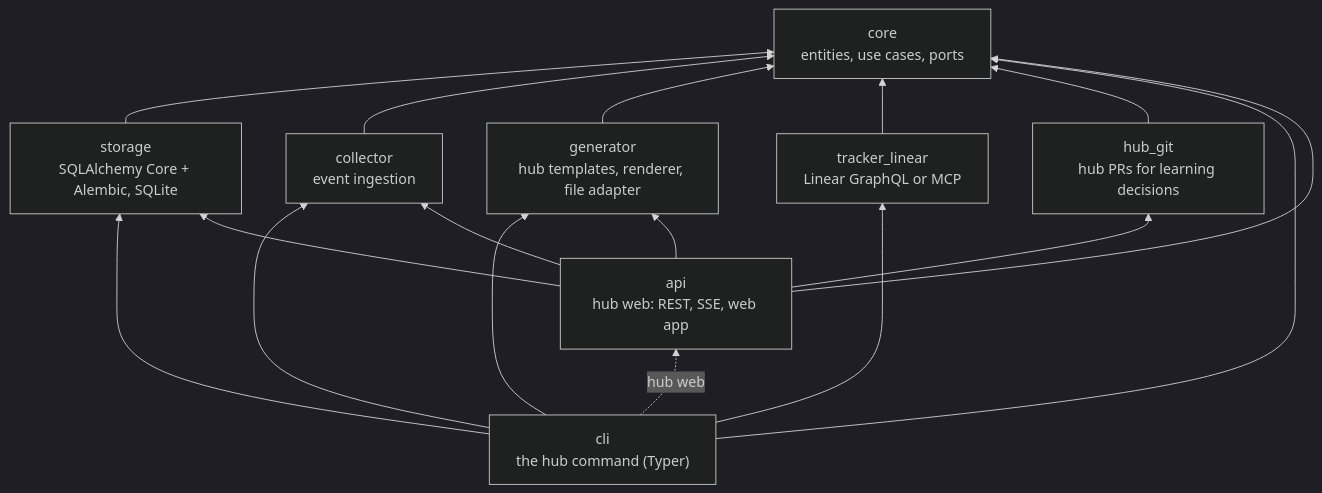
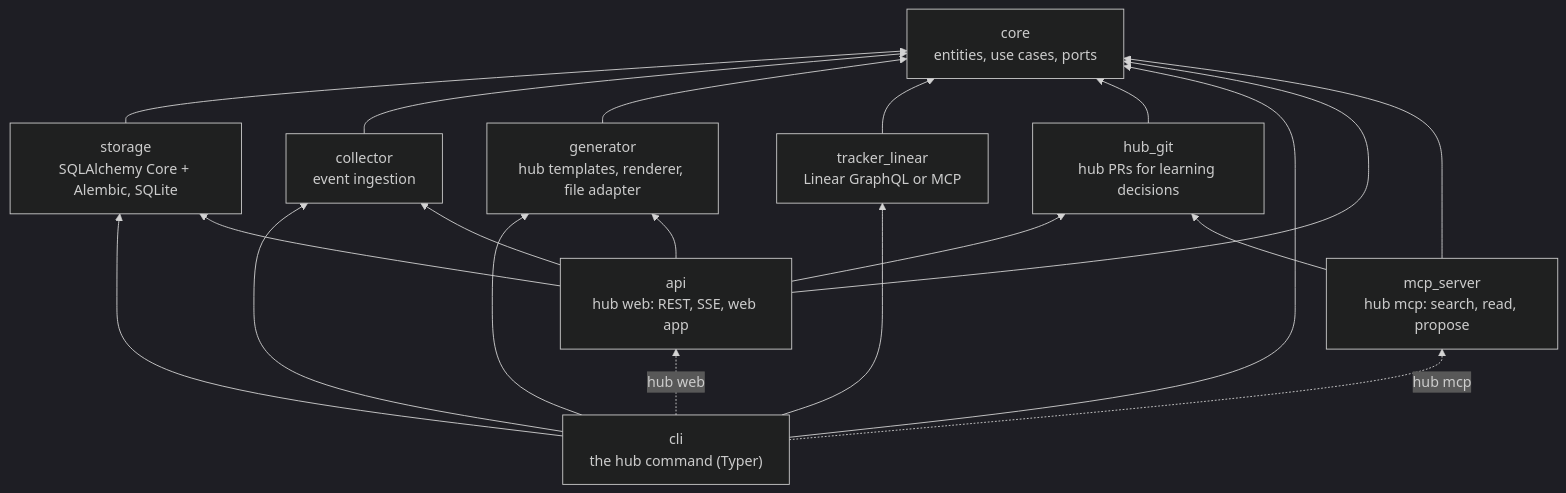
The third of 3 diagrams in README.md (jroquette/agent-hub), drawn with Mermaid (dark theme) before and after one commit. The commit also changed other lines of this file and 6 other files, not shown here.

Commit message:
docs(docs): hub mcp in architecture, spec, readme and changelog

````diff
--- a/README.md
+++ b/README.md
@@ -860,19 +860,22 @@
 ```mermaid
 flowchart BT
   storage["storage<br/>SQLAlchemy Core + Alembic, SQLite"] --> core["core<br/>entities, use cases, ports"]
   collector["collector<br/>event ingestion"] --> core
   generator["generator<br/>hub templates, renderer, file adapter"] --> core
   tracker["tracker_linear<br/>Linear GraphQL or MCP"] --> core
   hubgit["hub_git<br/>hub PRs for learning decisions"] --> core
   cli["cli<br/>the hub command (Typer)"] --> core
   cli --> storage
   cli --> collector
   cli --> generator
   cli --> tracker
   api["api<br/>hub web: REST, SSE, web app"] --> core
   api --> storage
   api --> collector
   api --> generator
   api --> hubgit
   cli -. "hub web" .-> api
+  mcp["mcp_server<br/>hub mcp: search, read, propose"] --> core
+  mcp --> hubgit
+  cli -. "hub mcp" .-> mcp
 ```
````
